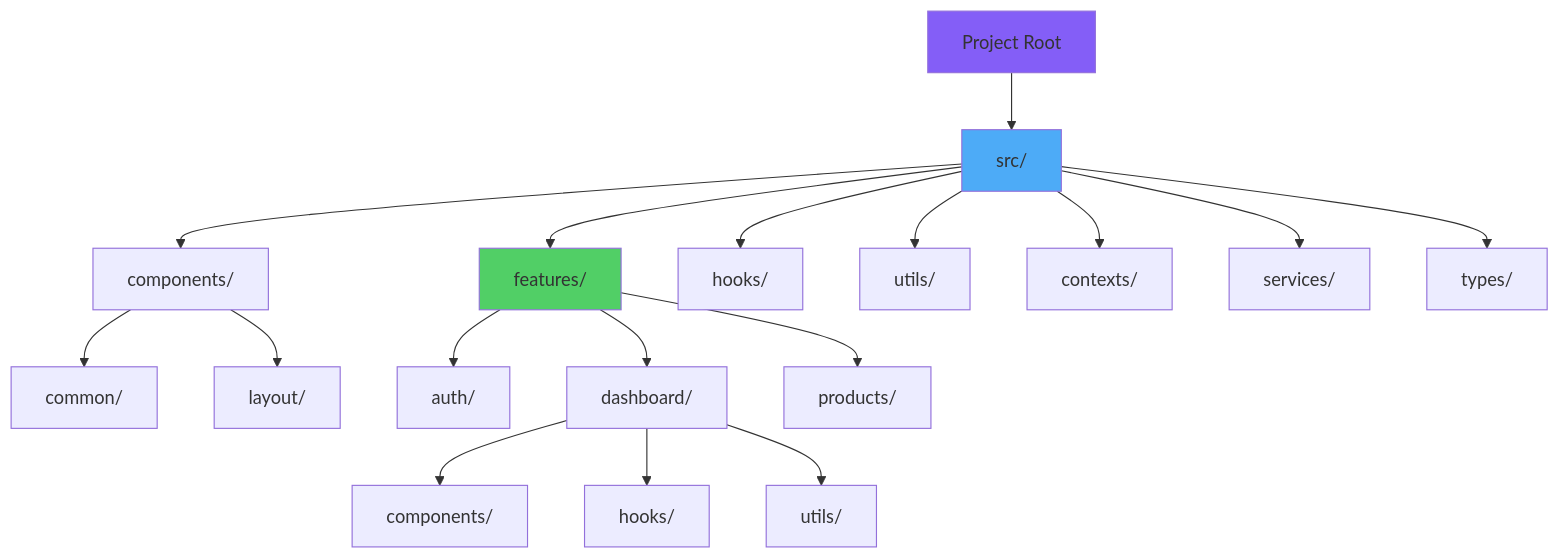
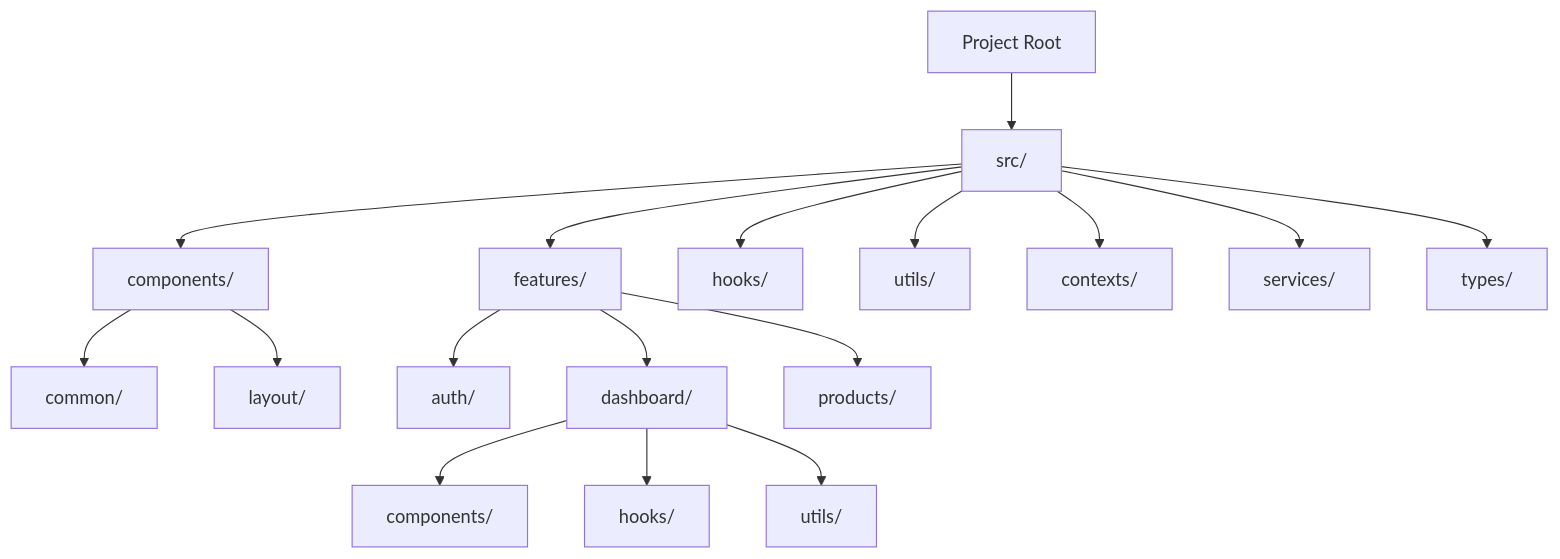
The sixth of 12 diagrams in arguments/chapters/03-component-patterns-best-practices.md (BabaScience/react-guides), drawn with Mermaid before and after one commit. The commit also changed other lines of this file and 29 other files, not shown here.

First line of the commit message:
Bring React FR/IT translations to full English parity + theme-safe diagrams

````diff
--- a/arguments/chapters/03-component-patterns-best-practices.md
+++ b/arguments/chapters/03-component-patterns-best-practices.md
@@ -819,26 +802,23 @@
 ```mermaid
 graph TD
     A[Project Root] --> B[src/]
     B --> C[components/]
     B --> D[features/]
     B --> E[hooks/]
     B --> F[utils/]
     B --> G[contexts/]
     B --> H[services/]
     B --> I[types/]
     
     C --> C1[common/]
     C --> C2[layout/]
     
     D --> D1[auth/]
     D --> D2[dashboard/]
     D --> D3[products/]
     
     D2 --> D2A[components/]
     D2 --> D2B[hooks/]
     D2 --> D2C[utils/]
     
-    style A fill:#845ef7
-    style B fill:#4dabf7
-    style D fill:#51cf66
 ```
````
